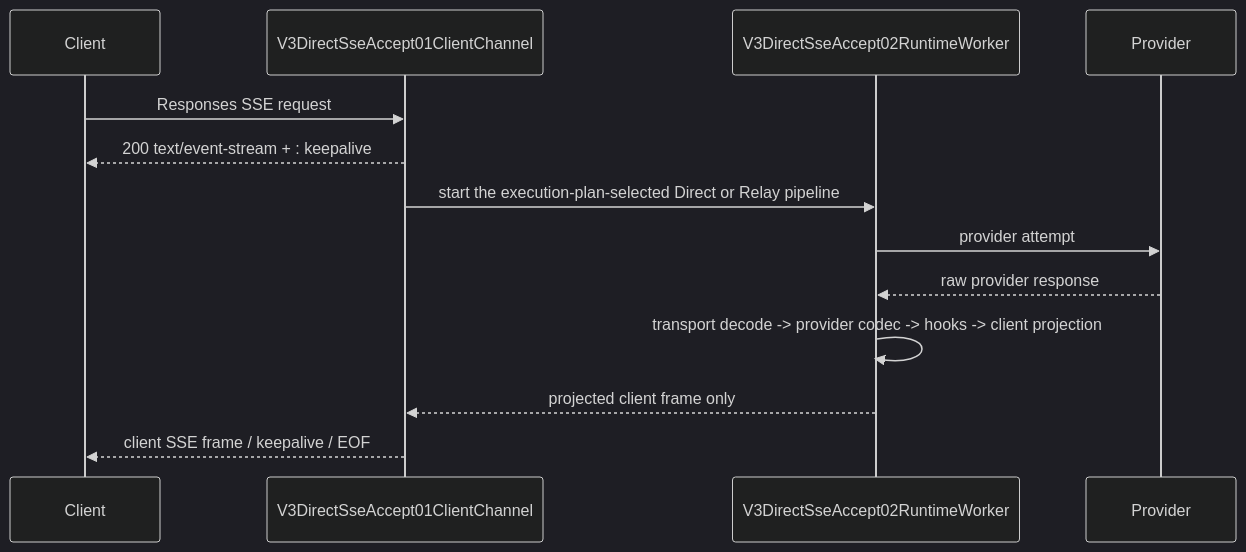
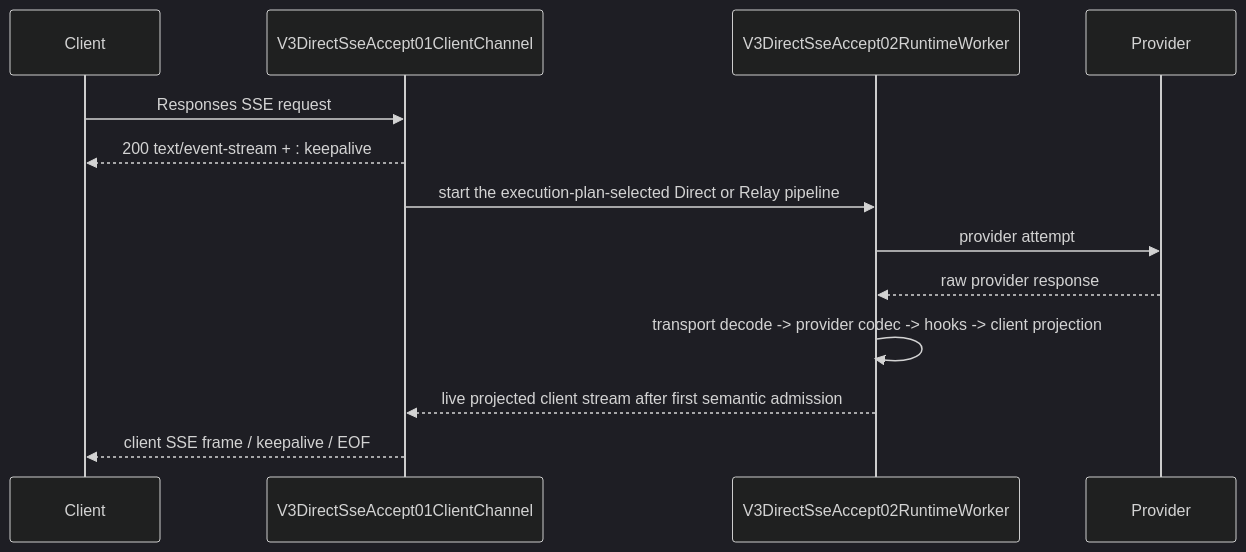
One commit to Jasonzhangf/routecodex changed the diagram in docs/architecture/wiki/v3-direct-sse-accept-skeleton.md. Above: the diagram before and after it, drawn with Mermaid (dark theme). The commit also changed other lines of this file and 21 other files, not shown here.

````diff
--- a/docs/architecture/wiki/v3-direct-sse-accept-skeleton.md
+++ b/docs/architecture/wiki/v3-direct-sse-accept-skeleton.md
@@ -8,16 +8,16 @@
 ```mermaid
 sequenceDiagram
   participant C as Client
   participant A as V3DirectSseAccept01ClientChannel
   participant W as V3DirectSseAccept02RuntimeWorker
   participant P as Provider
 
   C->>A: Responses SSE request
   A-->>C: 200 text/event-stream + : keepalive
   A->>W: start the execution-plan-selected Direct or Relay pipeline
   W->>P: provider attempt
   P-->>W: raw provider response
   W->>W: transport decode -> provider codec -> hooks -> client projection
-  W-->>A: projected client frame only
+  W-->>A: live projected client stream after first semantic admission
   A-->>C: client SSE frame / keepalive / EOF
 ```
````
